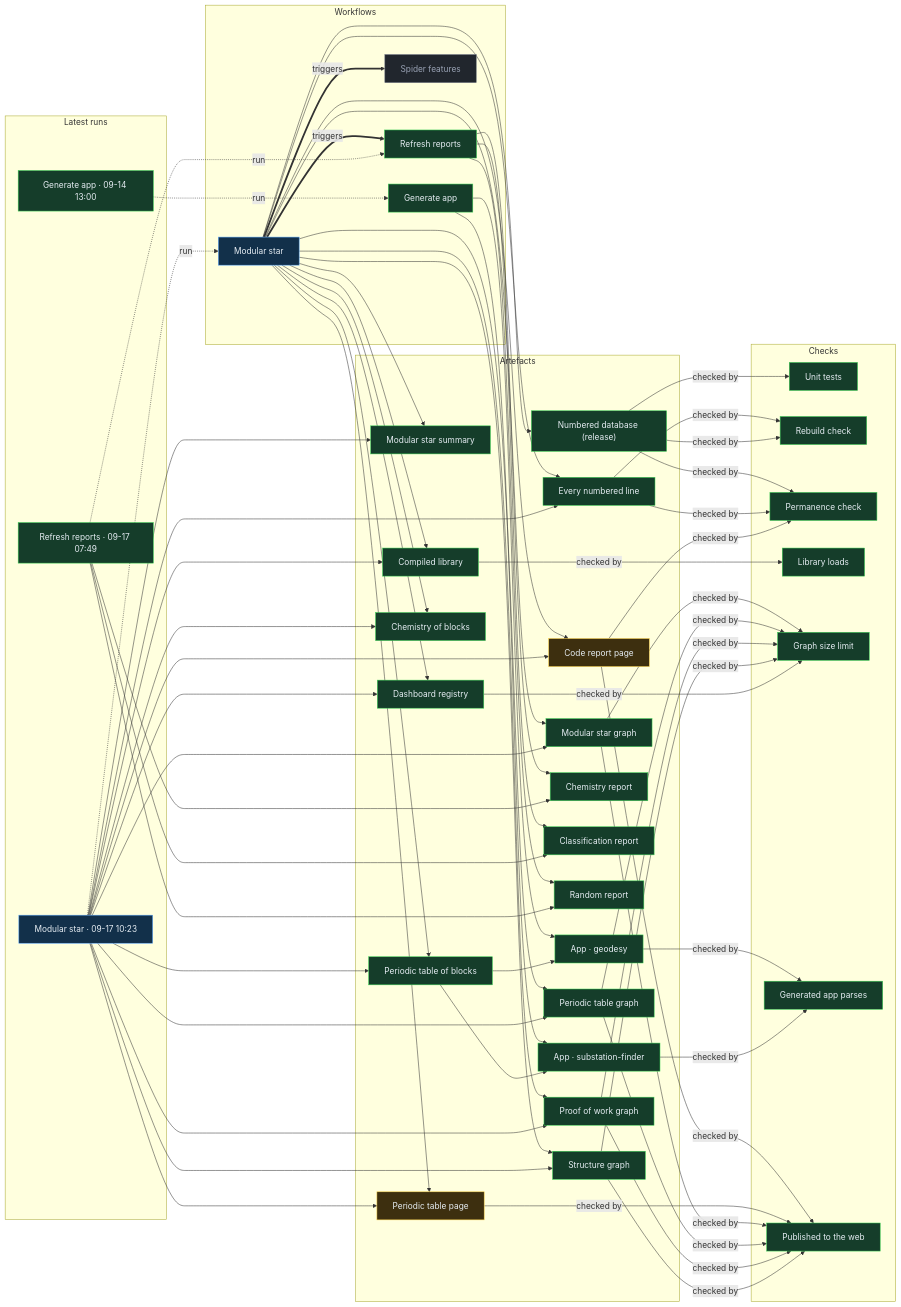
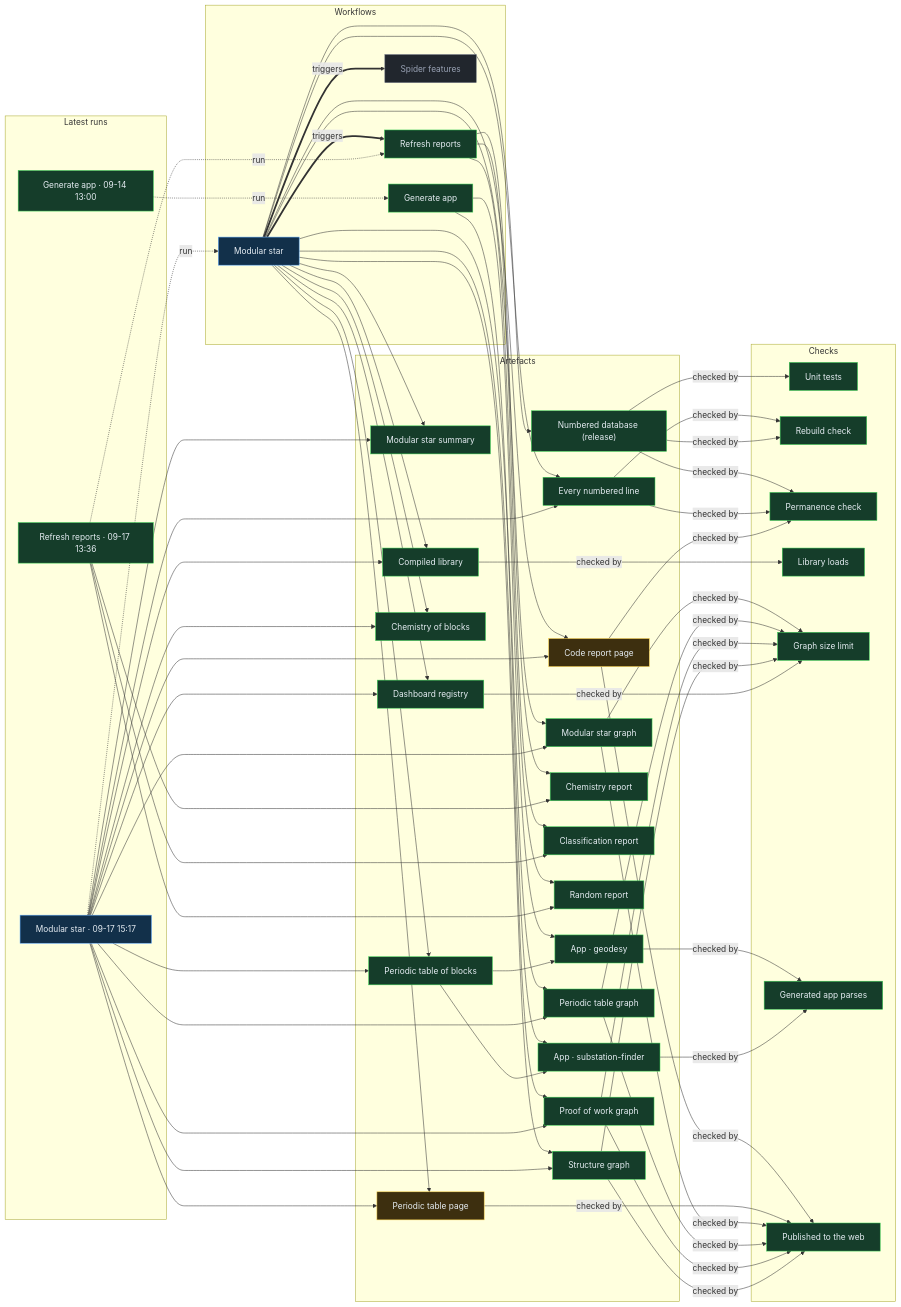
One commit to Ventusltd/stars changed the diagram in proof/PROOF.md. Above: the diagram before and after it, drawn with Mermaid. The commit also changed other lines of this file and 31 other files, not shown here.

Commit message:
Modular star 2026-09-17T15:19Z

```diff
--- a/proof/PROOF.md
+++ b/proof/PROOF.md
@@ -24,8 +24,8 @@
   n_wf_spider_features["Spider features"]:::off
   end
   subgraph g_runs["Latest runs"]
-  n_run_35210228365["Modular star · 09-17 10:23"]:::live
-  n_run_35196510033["Refresh reports · 09-17 07:49"]:::ok
+  n_run_35239251689["Modular star · 09-17 15:17"]:::live
+  n_run_35228180431["Refresh reports · 09-17 13:36"]:::ok
   n_run_34846587798["Generate app · 09-14 13:00"]:::ok
   end
   subgraph g_artefacts["Artefacts"]
@@ -59,39 +59,39 @@
   end
   n_wf_modular_star == triggers ==> n_wf_refresh
   n_wf_modular_star == triggers ==> n_wf_spider_features
-  n_run_35210228365 -. run .-> n_wf_modular_star
-  n_run_35196510033 -. run .-> n_wf_refresh
+  n_run_35239251689 -. run .-> n_wf_modular_star
+  n_run_35228180431 -. run .-> n_wf_refresh
   n_run_34846587798 -. run .-> n_wf_generate
   n_wf_modular_star --> n_art_summary
-  n_run_35210228365 --> n_art_summary
+  n_run_35239251689 --> n_art_summary
   n_wf_modular_star --> n_art_lines
-  n_run_35210228365 --> n_art_lines
+  n_run_35239251689 --> n_art_lines
   n_wf_modular_star --> n_art_code
-  n_run_35210228365 --> n_art_code
+  n_run_35239251689 --> n_art_code
   n_wf_modular_star --> n_art_modular_graph
-  n_run_35210228365 --> n_art_modular_graph
+  n_run_35239251689 --> n_art_modular_graph
   n_wf_modular_star --> n_art_blocks
-  n_run_35210228365 --> n_art_blocks
+  n_run_35239251689 --> n_art_blocks
   n_wf_modular_star --> n_art_table
-  n_run_35210228365 --> n_art_table
+  n_run_35239251689 --> n_art_table
   n_wf_modular_star --> n_art_blocks_graph
-  n_run_35210228365 --> n_art_blocks_graph
+  n_run_35239251689 --> n_art_blocks_graph
   n_wf_modular_star --> n_art_reactions
-  n_run_35210228365 --> n_art_reactions
+  n_run_35239251689 --> n_art_reactions
   n_wf_modular_star --> n_art_library
-  n_run_35210228365 --> n_art_library
+  n_run_35239251689 --> n_art_library
   n_wf_modular_star --> n_art_features
-  n_run_35210228365 --> n_art_features
+  n_run_35239251689 --> n_art_features
   n_wf_modular_star --> n_art_proof
-  n_run_35210228365 --> n_art_proof
+  n_run_35239251689 --> n_art_proof
   n_wf_modular_star --> n_art_structure
-  n_run_35210228365 --> n_art_structure
+  n_run_35239251689 --> n_art_structure
   n_wf_refresh --> n_art_chemistry
-  n_run_35196510033 --> n_art_chemistry
+  n_run_35228180431 --> n_art_chemistry
   n_wf_refresh --> n_art_vedic
-  n_run_35196510033 --> n_art_vedic
+  n_run_35228180431 --> n_art_vedic
   n_wf_refresh --> n_art_random
-  n_run_35196510033 --> n_art_random
+  n_run_35228180431 --> n_art_random
   n_wf_modular_star --> n_art_release
   n_wf_generate --> n_app_geodesy
   n_art_blocks --> n_app_geodesy
```
